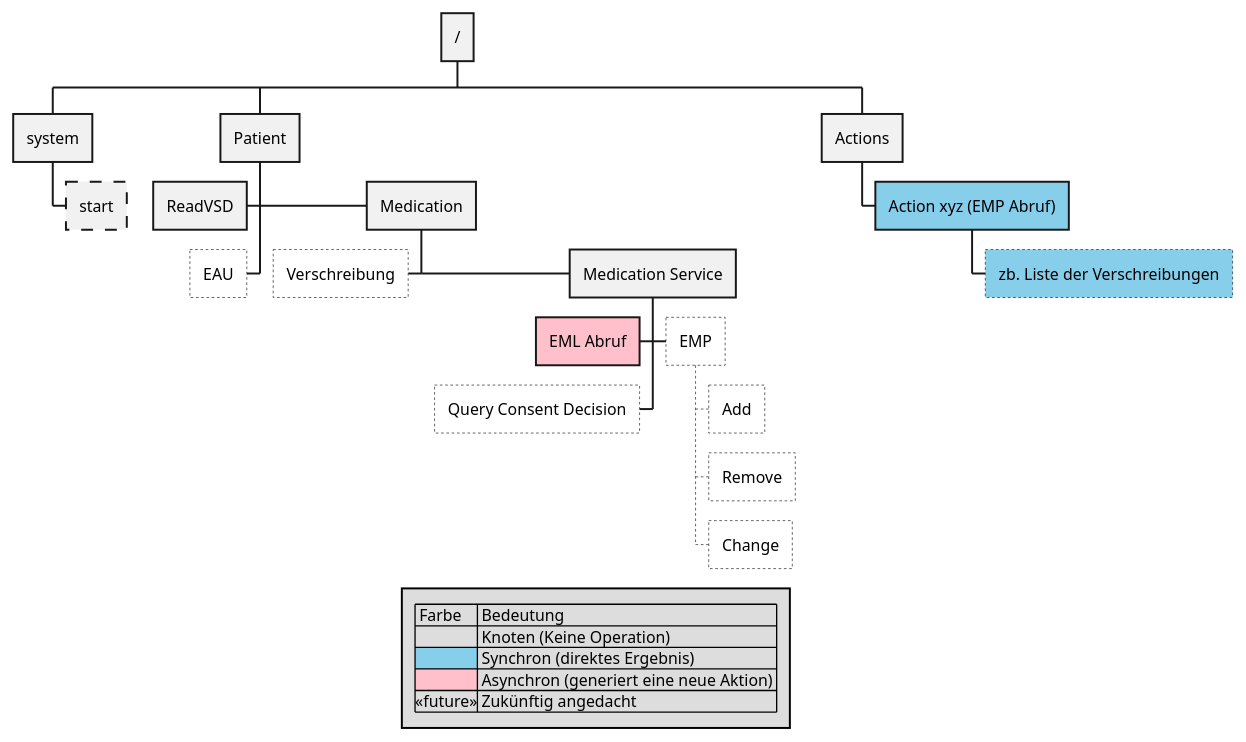
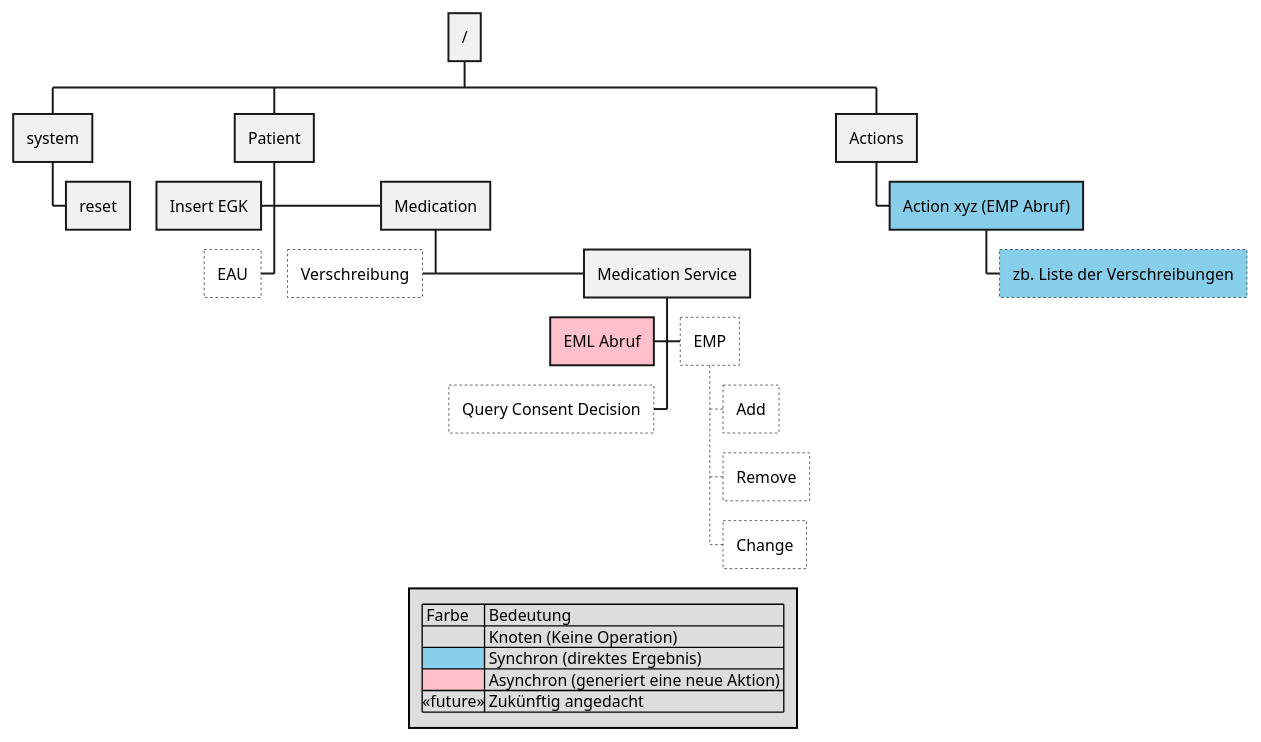
Before and after one commit to gematik/api-ps-testdriver: the diagram in uml/readme_action_tree.puml, drawn with PlantUML. The commit also changed 7 other files, not shown here.

```diff
--- a/uml/readme_action_tree.puml
+++ b/uml/readme_action_tree.puml
@@ -2,47 +2,47 @@
 @startwbs
 <style>
 wbsDiagram {
   .async {
       BackgroundColor pink
   }
   .sync {
       BackgroundColor SkyBlue
   }
   .optional {
       LineStyle 9
   }
   .future {
       LineStyle 2
       LineThickness .5
       BackgroundColor White
   }
 }
 </style>
 
 + /
 ++ system
-+++ start <<optional>>
++++ reset
 ++ Patient
-++- ReadVSD
+++- Insert EGK
 +++ Medication
 ++++ Medication Service
 ++++- EML Abruf <<async>>
 +++++ EMP <<future>>
 ++++++ Add <<future>>
 ++++++ Remove <<future>>
 ++++++ Change <<future>>
 ++++- Query Consent Decision <<future>>
 +++- Verschreibung <<future>>
 ++- EAU <<future>>
 ++ Actions
 +++[#skyBlue] Action xyz (EMP Abruf)
 ++++[#skyBlue]  zb. Liste der Verschreibungen <<future>>
 
 legend
     | Farbe | Bedeutung |
     | | Knoten (Keine Operation) |
     |<#skyBlue>| Synchron (direktes Ergebnis) |
     |<#pink>| Asynchron (generiert eine neue Aktion) |
     |<<future>>| Zukünftig angedacht |
 end legend
 @endwbs
```
